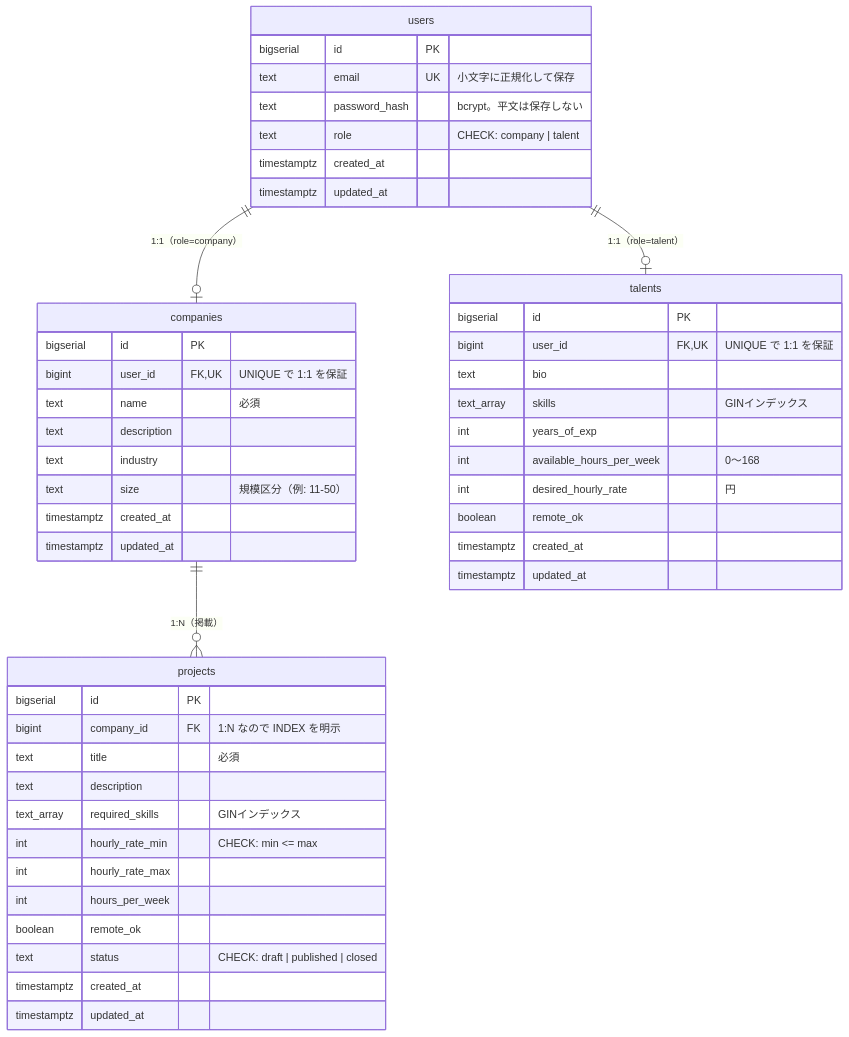
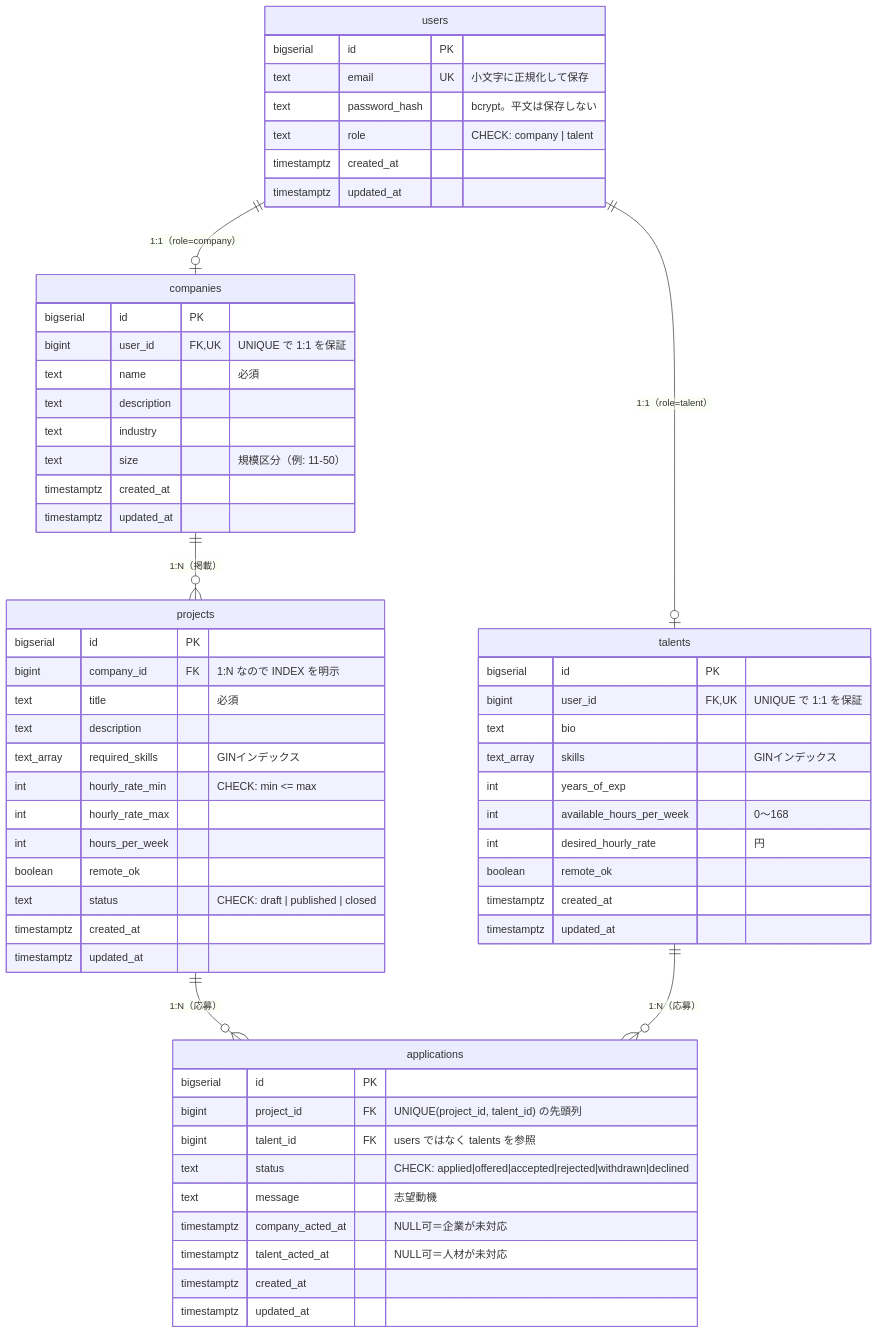
The first of 3 diagrams in docs/データ設計.md (masa-devx/it-matching-service-clean-architecture), drawn with Mermaid before and after one commit. The commit also changed other lines of this file and 1 other file, not shown here.

Commit message:
docs: 状態機械①の設計を記録しER図を更新

````diff
--- a/docs/データ設計.md
+++ b/docs/データ設計.md
@@ -8,54 +8,68 @@
 ```mermaid
 erDiagram
     users ||--o| companies : "1:1（role=company）"
     users ||--o| talents : "1:1（role=talent）"
     companies ||--o{ projects : "1:N（掲載）"
+    projects ||--o{ applications : "1:N（応募）"
+    talents ||--o{ applications : "1:N（応募）"
 
     users {
         bigserial id PK
         text email UK "小文字に正規化して保存"
         text password_hash "bcrypt。平文は保存しない"
         text role "CHECK: company | talent"
         timestamptz created_at
         timestamptz updated_at
     }
 
     companies {
         bigserial id PK
         bigint user_id FK,UK "UNIQUE で 1:1 を保証"
         text name "必須"
         text description
         text industry
         text size "規模区分（例: 11-50）"
         timestamptz created_at
         timestamptz updated_at
     }
 
     talents {
         bigserial id PK
         bigint user_id FK,UK "UNIQUE で 1:1 を保証"
         text bio
         text_array skills "GINインデックス"
         int years_of_exp
         int available_hours_per_week "0〜168"
         int desired_hourly_rate "円"
         boolean remote_ok
         timestamptz created_at
         timestamptz updated_at
     }
 
     projects {
         bigserial id PK
         bigint company_id FK "1:N なので INDEX を明示"
         text title "必須"
         text description
         text_array required_skills "GINインデックス"
         int hourly_rate_min "CHECK: min <= max"
         int hourly_rate_max
         int hours_per_week
         boolean remote_ok
         text status "CHECK: draft | published | closed"
         timestamptz created_at
         timestamptz updated_at
     }
+
+    applications {
+        bigserial id PK
+        bigint project_id FK "UNIQUE(project_id, talent_id) の先頭列"
+        bigint talent_id FK "users ではなく talents を参照"
+        text status "CHECK: applied|offered|accepted|rejected|withdrawn|declined"
+        text message "志望動機"
+        timestamptz company_acted_at "NULL可＝企業が未対応"
+        timestamptz talent_acted_at "NULL可＝人材が未対応"
+        timestamptz created_at
+        timestamptz updated_at
+    }
 ```
````
